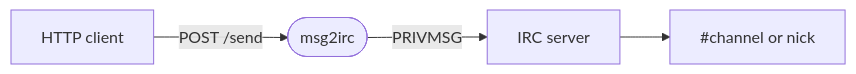
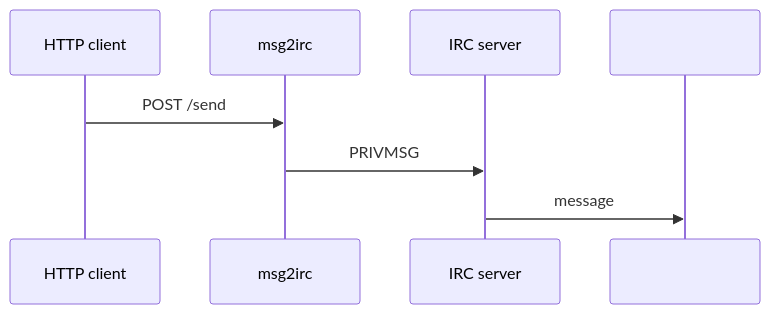
Before and after one commit to joehonkey/msg2irc: the diagram in README.md, drawn with Mermaid.

Commit message:
Use sequence diagram in README

````diff
--- a/README.md
+++ b/README.md
@@ -14,6 +14,11 @@
 ```mermaid
-flowchart LR
-    A["HTTP client"] -->|"POST /send"| B(["msg2irc"])
-    B -->|"PRIVMSG"| C["IRC server"]
-    C --> D["#channel or nick"]
+sequenceDiagram
+    participant C as HTTP client
+    participant M as msg2irc
+    participant I as IRC server
+    participant Ch as #channel / nick
+
+    C->>M: POST /send
+    M->>I: PRIVMSG
+    I->>Ch: message
 ```
````
